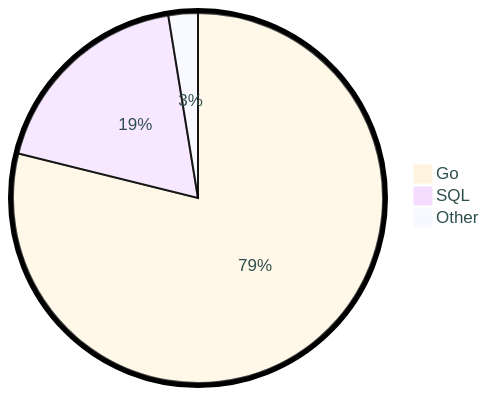
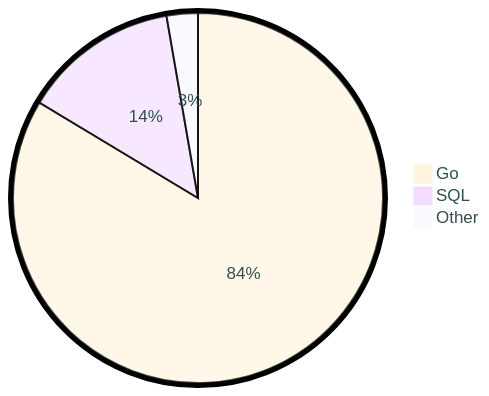
Before and after one commit to tot0p/tot0p: the diagram in README.md, drawn with Mermaid. The commit also changed other lines of this file, not shown here.

````diff
--- a/README.md
+++ b/README.md
@@ -121,7 +120,7 @@
 ```mermaid
 %%{init: {"pie": {"textPosition": 0.5}, "themeVariables": {"pieOuterStrokeWidth": "5px","primaryTextColor" : "#2F4F4F"},"theme":"base"} }%%
 pie
-	"Go": 78.86
-	"SQL": 18.57
-	"Other": 2.57
+	"Go": 83.62
+	"SQL": 13.65
+	"Other": 2.73
 ```
````
